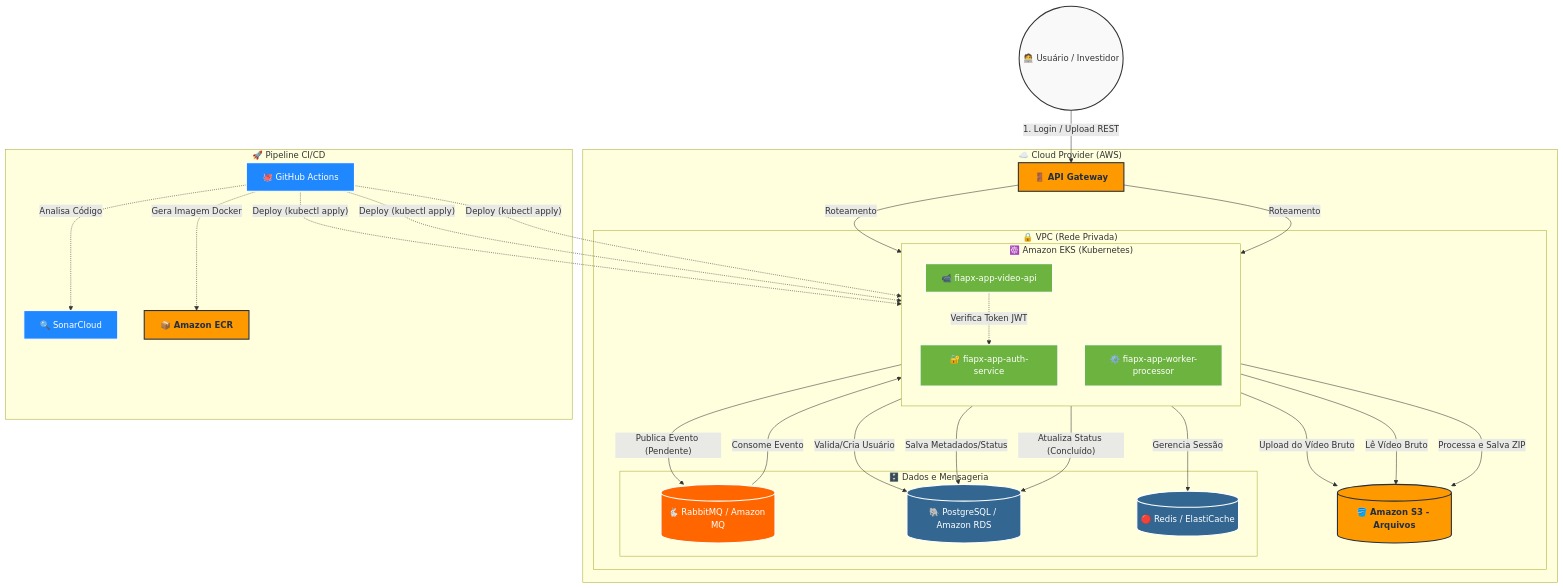
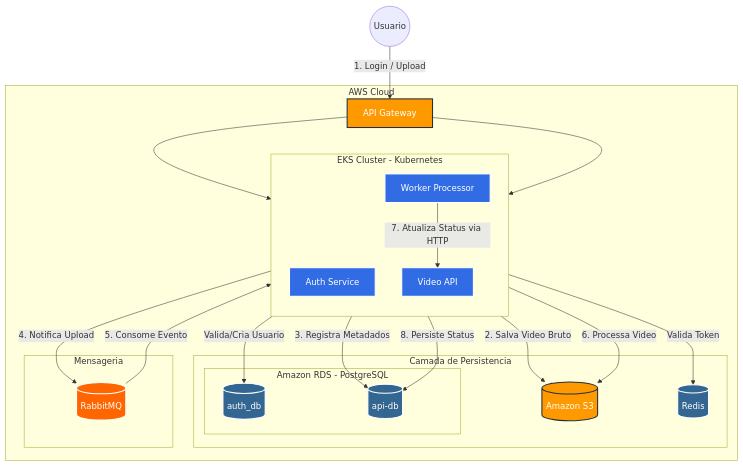
The diagram in README.md (hackathom-fiap/fiapx-app-worker), drawn with Mermaid before and after one commit. The commit also changed other lines of this file and 1 other file, not shown here.

````diff
--- a/README.md
+++ b/README.md
@@ -13,69 +71,53 @@
 ```mermaid
 graph TD
-    %% Cores e Estilos
+    %% Definicao de Estilos
     classDef client fill:#f9f9f9,stroke:#333,stroke-width:2px;
-    classDef aws fill:#FF9900,stroke:#232F3E,stroke-width:2px,color:#232F3E,font-weight:bold;
-    classDef k8s fill:#326ce5,stroke:#fff,stroke-width:2px,color:#fff,font-weight:bold;
-    classDef microservice fill:#6DB33F,stroke:#fff,stroke-width:2px,color:#fff;
-    classDef database fill:#336791,stroke:#fff,stroke-width:2px,color:#fff;
-    classDef queue fill:#FF6600,stroke:#fff,stroke-width:2px,color:#fff;
-    classDef cicd fill:#2088FF,stroke:#fff,stroke-width:2px,color:#fff;
+    classDef aws fill:#FF9900,stroke:#232F3E,stroke-width:2px,color:white;
+    classDef k8s fill:#326ce5,stroke:#fff,stroke-width:2px,color:white;
+    classDef db fill:#336791,stroke:#fff,stroke-width:2px,color:white;
+    classDef queue fill:#FF6600,stroke:#fff,stroke-width:2px,color:white;
 
-    %% Atores e Clientes
-    User((🧑‍💻 Usuário / Investidor)):::client
+    %% Atores
+    User((Usuario))
 
-    %% Infraestrutura AWS
-    subgraph "☁️ Cloud Provider (AWS)"
-        Gateway[🚪 API Gateway]:::aws
+    subgraph AWS [AWS Cloud]
         
-        subgraph "🔒 VPC (Rede Privada)"
-            
-            subgraph "☸️ Amazon EKS (Kubernetes)"
-                direction TB
-                Auth[🔐 fiapx-app-auth-service]:::microservice
-                API[📹 fiapx-app-video-api]:::microservice
-                Worker[⚙️ fiapx-app-worker-processor]:::microservice
+        Gateway[API Gateway]:::aws
+        
+        subgraph EKS [EKS Cluster - Kubernetes]
+            direction TB
+            Auth[Auth Service]:::k8s
+            API[Video API]:::k8s
+            Worker[Worker Processor]:::k8s
+        end
+
+        subgraph Storage [Camada de Persistencia]
+            S3[(Amazon S3)]:::aws
+            subgraph RDS [Amazon RDS - PostgreSQL]
+                DB_A[(auth_db)]:::db
+                DB_API[(api-db)]:::db
             end
-            
-            subgraph "🗄️ Dados e Mensageria"
-                MQ[(🐇 RabbitMQ / Amazon MQ)]:::queue
-                DB[(🐘 PostgreSQL / Amazon RDS)]:::database
-                Cache[(🔴 Redis / ElastiCache)]:::database
-            end
-            
-            Storage[(🪣 Amazon S3 - Arquivos)]:::aws
+            Redis[(Redis)]:::db
+        end
+
+        subgraph Messaging [Mensageria]
+            MQ[(RabbitMQ)]:::queue
         end
     end
 
-    %% Pipeline CI/CD
-    subgraph "🚀 Pipeline CI/CD"
-        GH[🐙 GitHub Actions]:::cicd
-        Sonar[🔍 SonarCloud]:::cicd
-        ECR[📦 Amazon ECR]:::aws
-    end
+    %% Fluxos
+    User -->|1. Login / Upload| Gateway
+    Gateway --> Auth
+    Gateway --> API
 
-    %% Relacionamentos e Fluxos
-    User -->|1. Login / Upload REST| Gateway
-    Gateway -->|Roteamento| Auth
-    Gateway -->|Roteamento| API
+    Auth -->|Valida Token| Redis
+    Auth -->|Valida/Cria Usuario| DB_A
+    API -->|2. Salva Video Bruto| S3
+    API -->|3. Registra Metadados| DB_API
+    API -->|4. Notifica Upload| MQ
 
-    Auth -->|"Valida/Cria Usuário"| DB
-    Auth -->|"Gerencia Sessão"| Cache
-
-    API -.->|"Verifica Token JWT"| Auth
-    API -->|"Salva Metadados/Status"| DB
-    API -->|"Upload do Vídeo Bruto"| Storage
-    API -->|"Publica Evento (Pendente)"| MQ
-
-    MQ -->|"Consome Evento"| Worker
-    Worker -->|"Lê Vídeo Bruto"| Storage
-    Worker -->|"Processa e Salva ZIP"| Storage
-    Worker -->|"Atualiza Status (Concluído)"| DB
-
-    %% Relacionamentos CI/CD
-    GH -.->|"Analisa Código"| Sonar
-    GH -.->|"Gera Imagem Docker"| ECR
-    GH -.->|"Deploy (kubectl apply)"| Auth
-    GH -.->|"Deploy (kubectl apply)"| API
-    GH -.->|"Deploy (kubectl apply)"| Worker
+    MQ -->|5. Consome Evento| Worker
+    Worker -->|6. Processa Video| S3
+    Worker -->|7. Atualiza Status via HTTP| API
+    API -->|8. Persiste Status| DB_API
 ```
````
